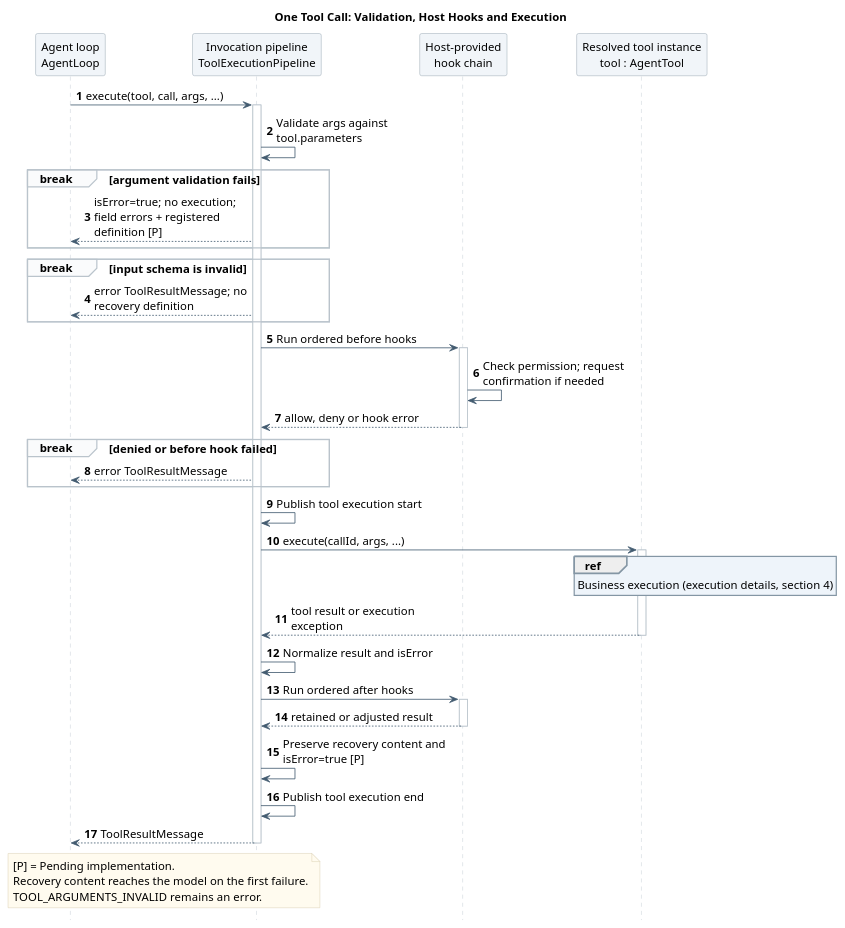
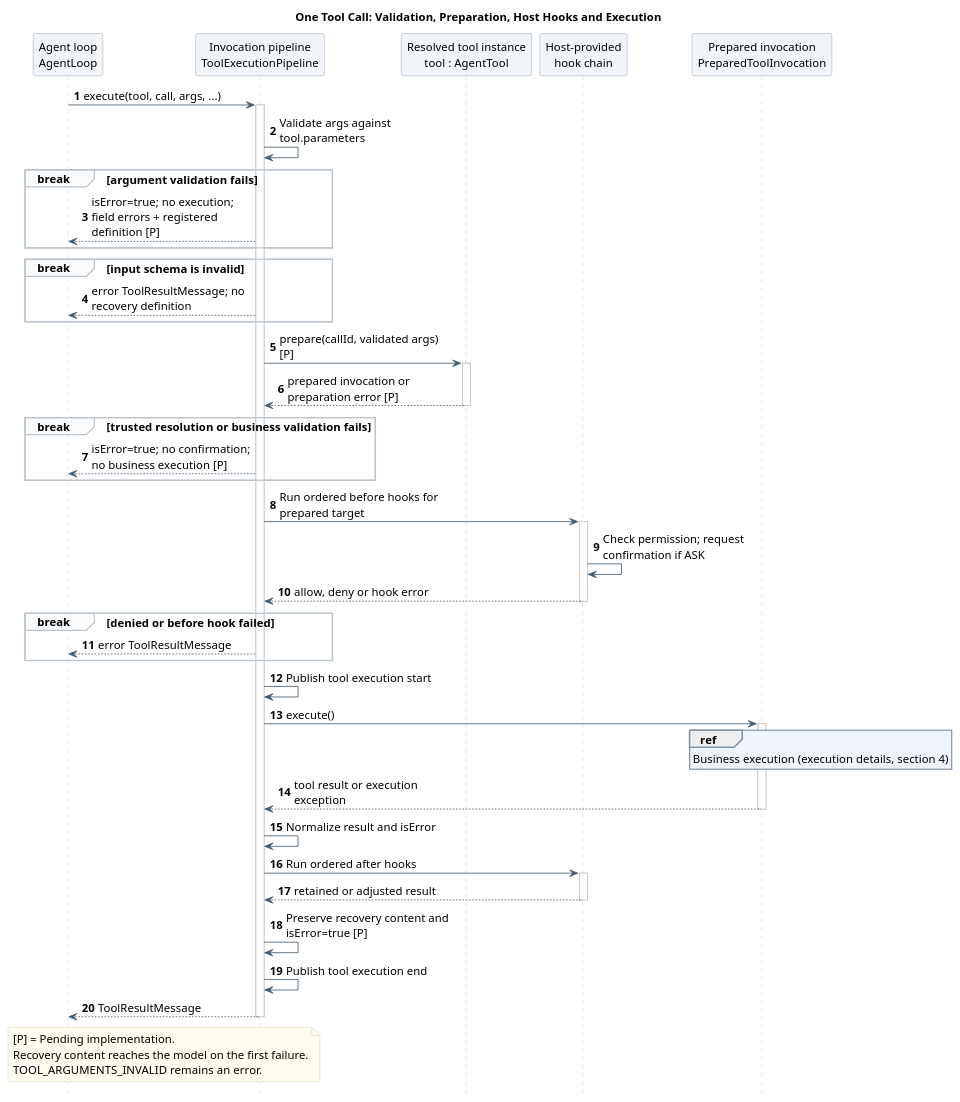
One commit to ssm0808/pi-mono-java-design changed the seventh of 12 diagrams in 01-总体架构/02-CampusClaw工具系统/diagram.puml. Above: the diagram before and after it, drawn with PlantUML. The commit also changed other lines of this file and 18 other files, not shown here.

Commit message:
docs(tools): align validation before confirmation

```diff
--- a/01-总体架构/02-CampusClaw工具系统/diagram.puml
+++ b/01-总体架构/02-CampusClaw工具系统/diagram.puml
@@ -496,66 +502,74 @@
 @startuml tool_invocation_pipeline
 skinparam backgroundColor white
 skinparam defaultFontName SansSerif
 skinparam defaultFontSize 14
 skinparam shadowing false
 skinparam sequenceMessageAlign left
 skinparam maxMessageSize 210
 skinparam sequenceArrowColor #425B70
 skinparam sequenceLifeLineBorderColor #BAC4CC
 skinparam sequenceParticipantBackgroundColor #F1F5F9
 skinparam sequenceParticipantBorderColor #8496A4
 skinparam sequenceGroupBackgroundColor #FAFBFC
 skinparam sequenceGroupBorderColor #BAC4CC
 skinparam sequenceReferenceBackgroundColor #EEF4FA
 skinparam sequenceReferenceBorderColor #8496A4
 skinparam noteBackgroundColor #FFFBEF
 skinparam noteBorderColor #D2C6A5
 hide footbox
 autonumber
 ' Source evidence (CampusClaw c9a2340f87bda6dff6bbd352f6995f8551206bb5, checked 2026-09-22):
 ' modules/agent-core/src/main/java/com/campusclaw/agent/loop/AgentLoop.java: resolveToolCallsSafe, runToolPhase
 ' modules/agent-core/src/main/java/com/campusclaw/agent/tool/ToolExecutionPipeline.java: execute, validate, applyBeforeHook, invokeTool, applyAfterHook
 ' modules/coding-agent-cli/src/main/java/com/campusclaw/codingagent/runtimeapi/runtime/RuntimeActiveExecution.java: beforeToolCall
-' Observed behavior: schema validation precedes before hooks; blocked calls return before execution and after hooks.
-' Design reason: keep common lifecycle separate from business delegation; cancellation propagates to the execution scope.
-' Pending implementation: return the registered input definition and field errors on argument failure; preserve recovery content and error classification through after hooks.
-title One Tool Call: Validation, Host Hooks and Execution
+' Baseline evidence (pi 95fbc04997eaee961eb673fa7923e9220609ebd5):
+' packages/agent/src/agent-loop.ts: prepareToolCall, executePreparedToolCall
+' Observed behavior: registered schema validation precedes before hooks; CallTool inner validation currently does not.
+' Design reason: every invalid argument path returns before user confirmation; approval executes one immutable prepared call.
+' Pending implementation: tool preparation, CallTool pre-confirmation validation and recovery content preservation.
+title One Tool Call: Validation, Preparation, Host Hooks and Execution
 
 participant "Agent loop\nAgentLoop" as Loop
 participant "Invocation pipeline\nToolExecutionPipeline" as Pipeline
+participant "Resolved tool instance\ntool : AgentTool" as Tool
 participant "Host-provided\nhook chain" as Hooks
-participant "Resolved tool instance\ntool : AgentTool" as Tool
+participant "Prepared invocation\nPreparedToolInvocation" as Prepared
 
 Loop -> Pipeline ++ : execute(tool, call, args, ...)
 Pipeline -> Pipeline : Validate args against tool.parameters
 break argument validation fails
   Pipeline --> Loop : isError=true; no execution;\nfield errors + registered definition [P]
 end
 break input schema is invalid
   Pipeline --> Loop : error ToolResultMessage; no recovery definition
 end
-Pipeline -> Hooks ++ : Run ordered before hooks
-Hooks -> Hooks : Check permission; request confirmation if needed
+Pipeline -> Tool ++ : prepare(callId, validated args) [P]
+Tool --> Pipeline -- : prepared invocation or preparation error [P]
+break trusted resolution or business validation fails
+  Pipeline --> Loop : isError=true; no confirmation;\nno business execution [P]
+end
+Pipeline -> Hooks ++ : Run ordered before hooks for prepared target
+Hooks -> Hooks : Check permission; request confirmation if ASK
 Hooks --> Pipeline -- : allow, deny or hook error
 break denied or before hook failed
   Pipeline --> Loop : error ToolResultMessage
 end
 Pipeline -> Pipeline : Publish tool execution start
-Pipeline -> Tool ++ : execute(callId, args, ...)
-ref over Tool
+Pipeline -> Prepared ++ : execute()
+ref over Prepared
   Business execution (execution details, section 4)
 end ref
-Tool --> Pipeline -- : tool result or execution exception
+Prepared --> Pipeline -- : tool result or execution exception
 Pipeline -> Pipeline : Normalize result and isError
 Pipeline -> Hooks ++ : Run ordered after hooks
 Hooks --> Pipeline -- : retained or adjusted result
 Pipeline -> Pipeline : Preserve recovery content and isError=true [P]
 Pipeline -> Pipeline : Publish tool execution end
 Pipeline --> Loop -- : ToolResultMessage
 
 note over Loop, Pipeline
   [P] = Pending implementation.
   Recovery content reaches the model on the first failure.
   TOOL_ARGUMENTS_INVALID remains an error.
 end note
 @enduml
```
